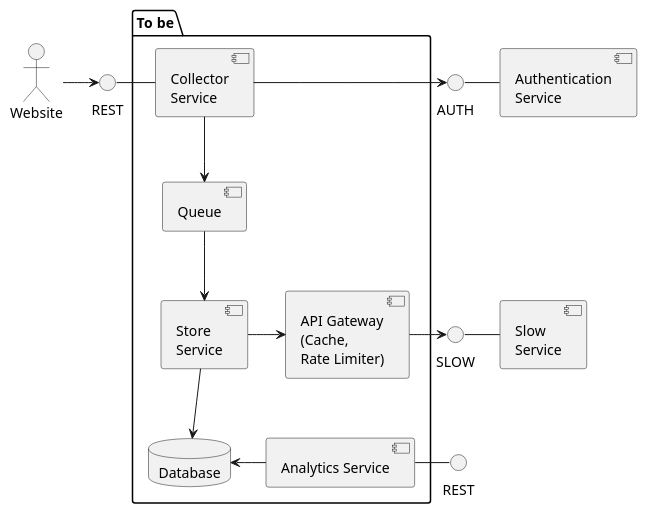
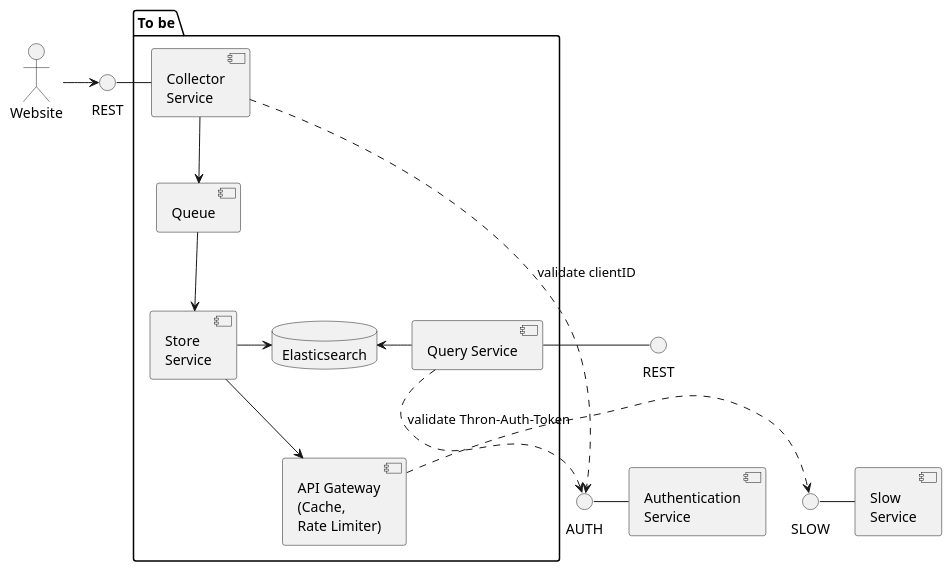
The diagram in exercise1/architecture.puml (civitz/example-assignment), drawn with PlantUML before and after one commit. The commit also changed 1 other file, not shown here.

```diff
--- a/exercise1/architecture.puml
+++ b/exercise1/architecture.puml
@@ -1,34 +1,36 @@
 @startuml
 actor Website
 interface SLOW
 component [Slow\nService] as SL
 interface AUTH
 component [Authentication\nService] as AuthS
 
 package "To be" {
 component [Collector\nService] as CS
-component [Queue] as Qu
+component [Queue] as queue
+component [Query Service] as QueryServ
 component [Store\nService] as SS
 component [API Gateway\n(Cache,\nRate Limiter)] as GW
-component [Analytics Service] as AS
-database Database as DB
+database Elasticsearch as DB
 }
-interface REST as RC
-interface REST as RA
+interface REST as RestCollector
+interface REST as RestQuery
 
-Website -> RC
-RC - CS
-CS -> AUTH
+
+Website -right-> RestCollector
+RestCollector -right- CS
+CS .right.> AUTH : validate clientID
 AUTH - AuthS
-CS -down-> Qu
-Qu -down-> SS
-SS -> GW
-GW -> SLOW
+CS -down-> queue
+queue -down-> SS
+SS -down-> GW
+GW .right.> SLOW
 SLOW - SL
-SS -down-> DB
-DB <- AS
-AS - RA
+SS -right-> DB
+DB <-right- QueryServ
+QueryServ ..> AUTH : validate Thron-Auth-Token
+QueryServ -right- RestQuery
 
 
 
 @enduml
```
